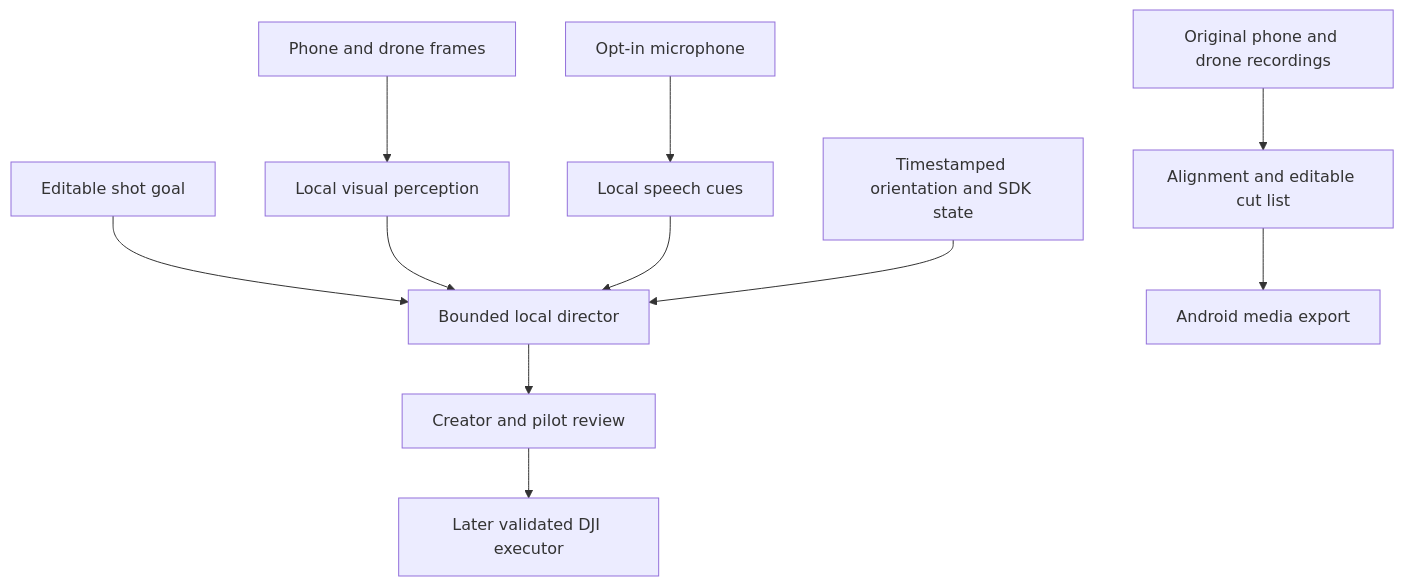
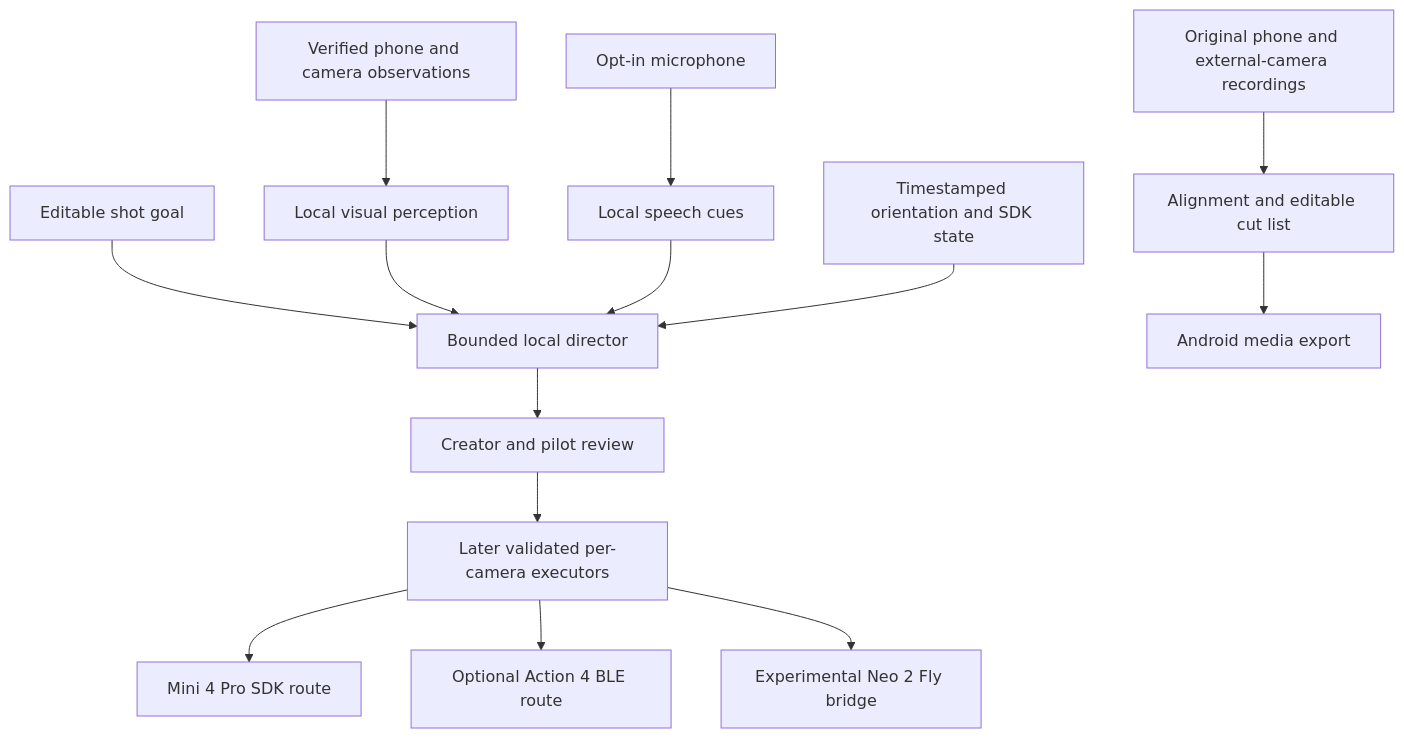
Before and after one commit to sanjuhs/iqoo-film-director: the diagram in docs/architecture.md, drawn with Mermaid. The commit also changed other lines of this file and 62 other files, not shown here.

Commit message:
Add dated phone director research prototype and verified local workflow

````diff
--- a/docs/architecture.md
+++ b/docs/architecture.md
@@ -12,13 +13,16 @@
 ```mermaid
 flowchart TD
   A[Editable shot goal] --> D[Bounded local director]
-  B[Phone and drone frames] --> C[Local visual perception]
+  B[Verified phone and camera observations] --> C[Local visual perception]
   M[Opt-in microphone] --> S[Local speech cues]
   C --> D
   S --> D
   T[Timestamped orientation and SDK state] --> D
   D --> E[Creator and pilot review]
-  E --> F[Later validated DJI executor]
-  O[Original phone and drone recordings] --> V[Alignment and editable cut list]
+  E --> F[Later validated per-camera executors]
+  F --> G[Mini 4 Pro SDK route]
+  F --> H[Optional Action 4 BLE route]
+  F --> I[Experimental Neo 2 Fly bridge]
+  O[Original phone and external-camera recordings] --> V[Alignment and editable cut list]
   V --> X[Android media export]
 ```
````
